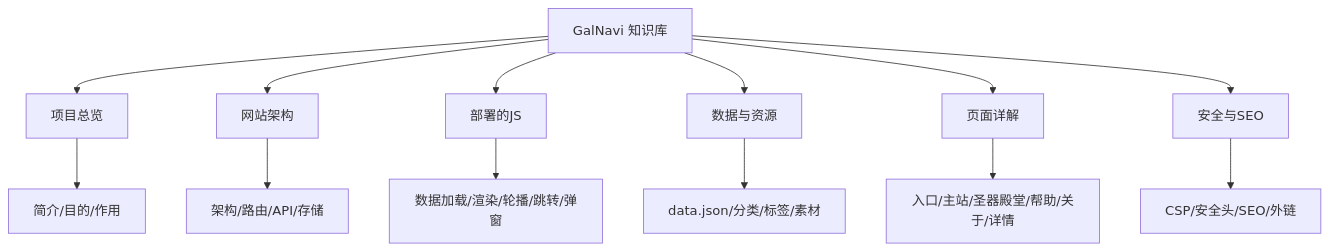
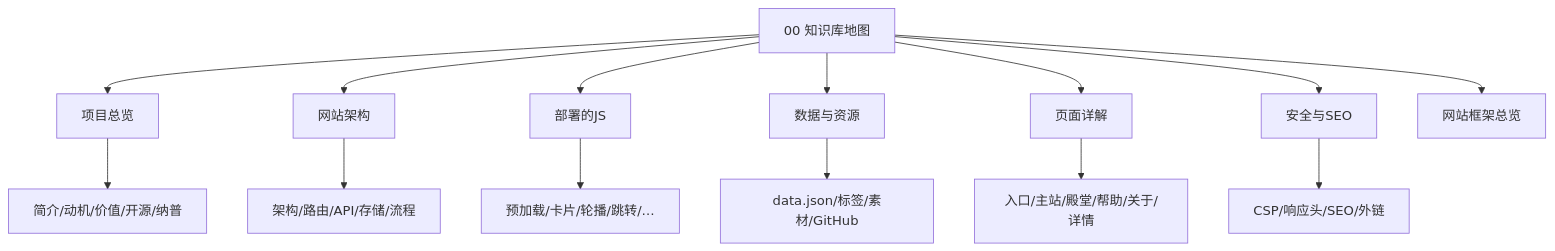
One commit to argb6/galnavi-obsidian changed the diagram in 00知识库地图(MOC).md. Above: the diagram before and after it, drawn with Mermaid. The commit also changed other lines of this file and 41 other files, not shown here.

````diff
--- a/00知识库地图(MOC).md
+++ b/00知识库地图(MOC).md
@@ -83,15 +48,17 @@
 ```mermaid
 graph TD
-    A[GalNavi 知识库] --> B[项目总览]
-    A --> C[网站架构]
-    A --> D[部署的JS]
-    A --> E[数据与资源]
-    A --> F[页面详解]
-    A --> G[安全与SEO]
-    B --> B1[简介/目的/作用]
-    C --> C1[架构/路由/API/存储]
-    D --> D1[数据加载/渲染/轮播/跳转/弹窗]
-    E --> E1[data.json/分类/标签/素材]
-    F --> F1[入口/主站/圣器殿堂/帮助/关于/详情]
-    G --> G1[CSP/安全头/SEO/外链]
+    MOC[00 知识库地图]
+    MOC --> A[项目总览]
+    MOC --> B[网站架构]
+    MOC --> C[部署的JS]
+    MOC --> D[数据与资源]
+    MOC --> E[页面详解]
+    MOC --> F[安全与SEO]
+    MOC --> G[网站框架总览]
+    A --> A1[简介/动机/价值/开源/纳普]
+    B --> B1[架构/路由/API/存储/流程]
+    C --> C1[预加载/卡片/轮播/跳转/…]
+    D --> D1[data.json/标签/素材/GitHub]
+    E --> E1[入口/主站/殿堂/帮助/关于/详情]
+    F --> F1[CSP/响应头/SEO/外链]
 ```
````
